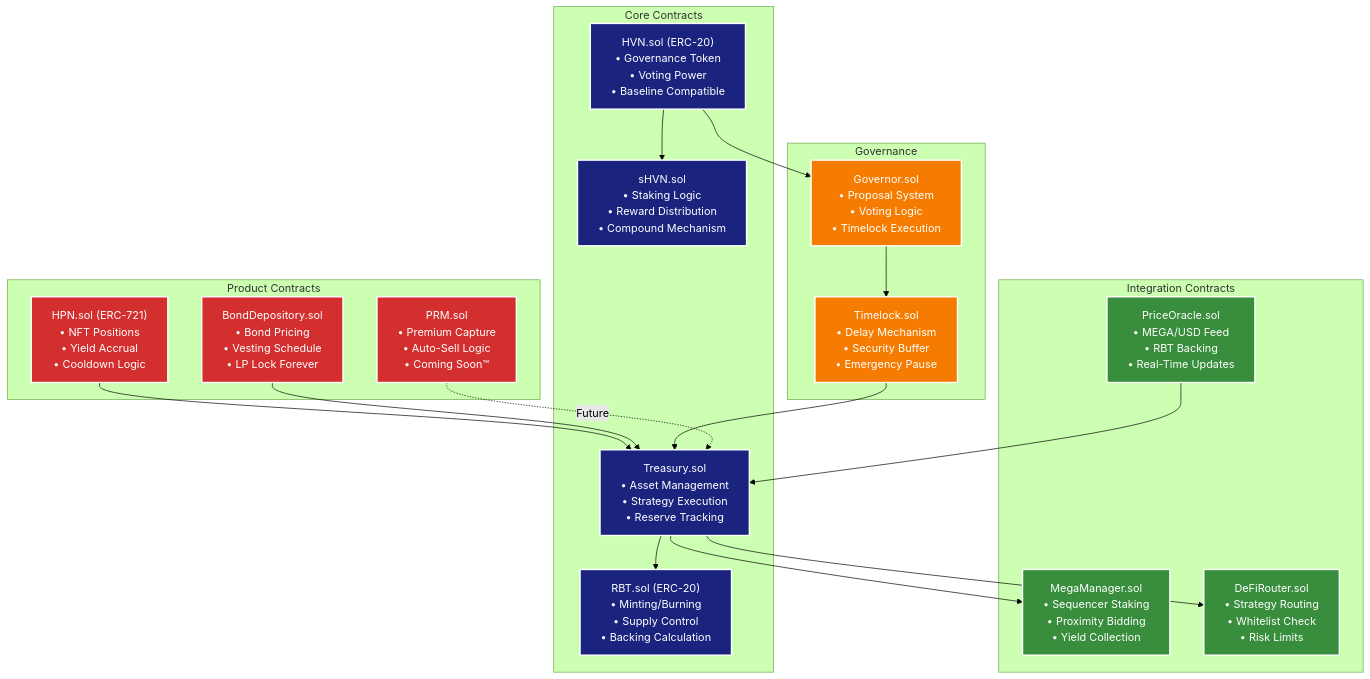
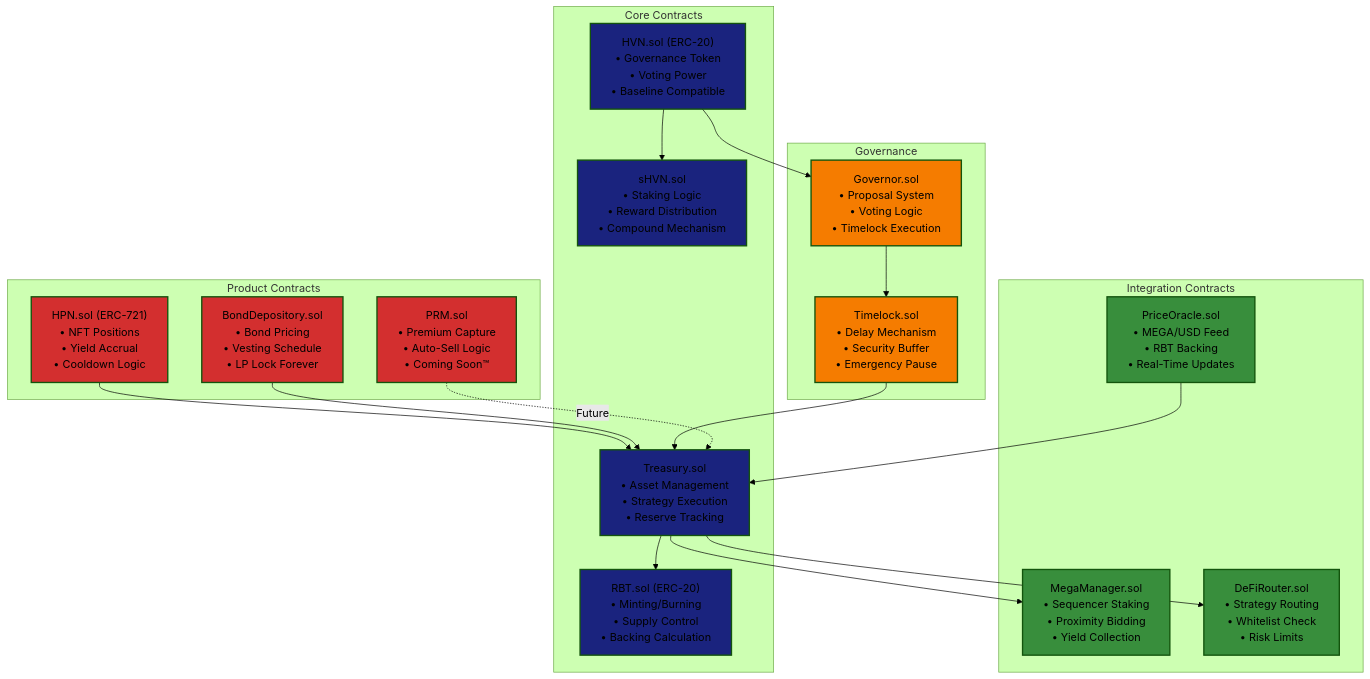
The first of 10 diagrams in blackhaven-technical-diagrams.md (0xJaehaerys/ohmega), drawn with Mermaid (forest theme) before and after one commit. The commit also changed other lines of this file and 6 other files, not shown here.

First line of the commit message:
Remove white color from all diagrams

````diff
--- a/blackhaven-technical-diagrams.md
+++ b/blackhaven-technical-diagrams.md
@@ -5,49 +5,49 @@
 ```mermaid
 graph TB
     subgraph "Core Contracts"
         TREASURY["Treasury.sol<br/>• Asset Management<br/>• Strategy Execution<br/>• Reserve Tracking"]
         RBT["RBT.sol (ERC-20)<br/>• Minting/Burning<br/>• Supply Control<br/>• Backing Calculation"]
         HVN["HVN.sol (ERC-20)<br/>• Governance Token<br/>• Voting Power<br/>• Baseline Compatible"]
         sHVN["sHVN.sol<br/>• Staking Logic<br/>• Reward Distribution<br/>• Compound Mechanism"]
     end
     
     subgraph "Product Contracts"
         HPN["HPN.sol (ERC-721)<br/>• NFT Positions<br/>• Yield Accrual<br/>• Cooldown Logic"]
         BONDS["BondDepository.sol<br/>• Bond Pricing<br/>• Vesting Schedule<br/>• LP Lock Forever"]
         PRM["PRM.sol<br/>• Premium Capture<br/>• Auto-Sell Logic<br/>• Coming Soon™"]
     end
     
     subgraph "Integration Contracts"
         MEGA_MANAGER["MegaManager.sol<br/>• Sequencer Staking<br/>• Proximity Bidding<br/>• Yield Collection"]
         DEFI_ROUTER["DeFiRouter.sol<br/>• Strategy Routing<br/>• Whitelist Check<br/>• Risk Limits"]
         ORACLE["PriceOracle.sol<br/>• MEGA/USD Feed<br/>• RBT Backing<br/>• Real-Time Updates"]
     end
     
     subgraph "Governance"
         GOVERNOR["Governor.sol<br/>• Proposal System<br/>• Voting Logic<br/>• Timelock Execution"]
         TIMELOCK["Timelock.sol<br/>• Delay Mechanism<br/>• Security Buffer<br/>• Emergency Pause"]
     end
     
     %% Relationships
     TREASURY --> RBT
     TREASURY --> MEGA_MANAGER
     TREASURY --> DEFI_ROUTER
     HPN --> TREASURY
     BONDS --> TREASURY
     HVN --> sHVN
     HVN --> GOVERNOR
     GOVERNOR --> TIMELOCK
     TIMELOCK --> TREASURY
     ORACLE --> TREASURY
     PRM -.->|Future| TREASURY
     
-    classDef core fill:#1a237e,stroke:#fff,stroke-width:2px,color:#fff
-    classDef product fill:#d32f2f,stroke:#fff,stroke-width:2px,color:#fff
-    classDef integration fill:#388e3c,stroke:#fff,stroke-width:2px,color:#fff
-    classDef governance fill:#f57c00,stroke:#fff,stroke-width:2px,color:#fff
+    classDef core fill:#1a237e,stroke-width:2px
+    classDef product fill:#d32f2f,stroke-width:2px
+    classDef integration fill:#388e3c,stroke-width:2px
+    classDef governance fill:#f57c00,stroke-width:2px
     
     class TREASURY,RBT,HVN,sHVN core
     class HPN,BONDS,PRM product
     class MEGA_MANAGER,DEFI_ROUTER,ORACLE integration
     class GOVERNOR,TIMELOCK governance
 ```
````
